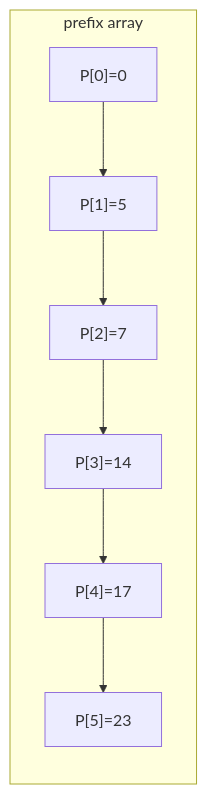
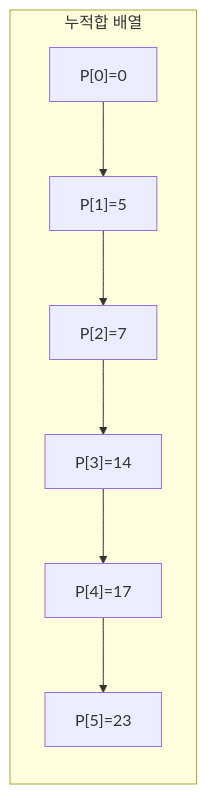
Before and after one commit to mandoobox/mandoobox.github.io: the first of 3 diagrams in _posts/algorithm/2026-03-07-prefix-sum.md, drawn with Mermaid. The commit also changed other lines of this file and 24 other files, not shown here.

Commit message:
feat: mermaid kr

````diff
--- a/_posts/algorithm/2026-03-07-prefix-sum.md
+++ b/_posts/algorithm/2026-03-07-prefix-sum.md
@@ -77,10 +77,10 @@
 ```mermaid
 flowchart LR
-    subgraph "prefix array"
+    subgraph "누적합 배열"
         P0["P[0]=0"] --> P1["P[1]=5"]
         P1 --> P2["P[2]=7"]
         P2 --> P3["P[3]=14"]
         P3 --> P4["P[4]=17"]
         P4 --> P5["P[5]=23"]
     end
 ```
````
